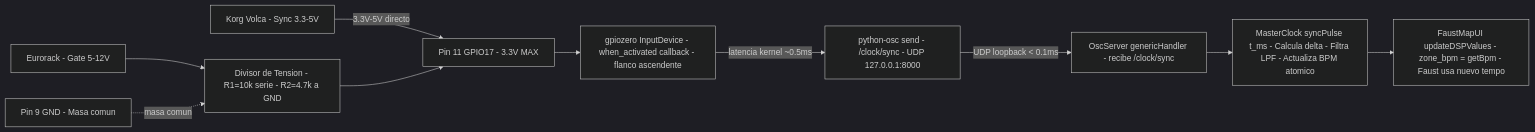
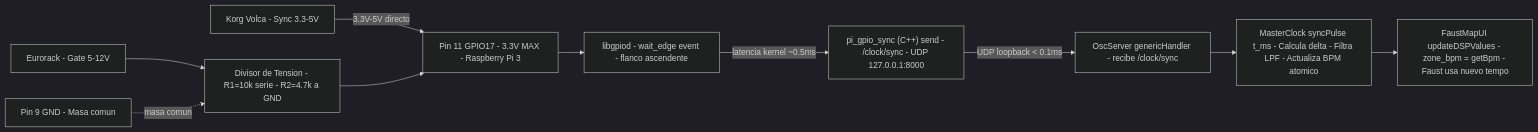
Before and after one commit to Zann181/sintetizador: the ninth of 12 diagrams in README.md, drawn with Mermaid (dark theme). The commit also changed other lines of this file and 21 other files, not shown here.

````diff
--- a/README.md
+++ b/README.md
@@ -1312,31 +1191,31 @@
 ```mermaid
 flowchart LR
     EURORACK["Eurorack - Gate 5-12V"]
     VOLCA["Korg Volca - Sync 3.3-5V"]
 
     VOLTAGE_DIV["Divisor de Tension - R1=10k serie - R2=4.7k a GND"]
 
-    GPIO17_PIN["Pin 11 GPIO17 - 3.3V MAX"]
+    GPIO17_PIN["Pin 11 GPIO17 - 3.3V MAX - Raspberry Pi 3"]
     GND_PIN["Pin 9 GND - Masa comun"]
 
-    GPIOZERO_CB["gpiozero InputDevice - when_activated callback - flanco ascendente"]
+    GPIOZERO_CB["libgpiod - wait_edge event - flanco ascendente"]
 
-    OSC_SEND["python-osc send - /clock/sync - UDP 127.0.0.1:8000"]
+    OSC_SEND["pi_gpio_sync (C++) send - /clock/sync - UDP 127.0.0.1:8000"]
 
     OSC_RECV["OscServer genericHandler - recibe /clock/sync"]
 
     MASTERCLOCK_SYNC["MasterClock syncPulse t_ms - Calcula delta - Filtra LPF - Actualiza BPM atomico"]
 
     FAUST_BPM["FaustMapUI updateDSPValues - zone_bpm = getBpm - Faust usa nuevo tempo"]
 
     EURORACK --> VOLTAGE_DIV
     VOLCA -->|"3.3V-5V directo"| GPIO17_PIN
     VOLTAGE_DIV --> GPIO17_PIN
     GND_PIN -.->|"masa comun"| VOLTAGE_DIV
 
     GPIO17_PIN --> GPIOZERO_CB
     GPIOZERO_CB -->|"latencia kernel ~0.5ms"| OSC_SEND
     OSC_SEND -->|"UDP loopback < 0.1ms"| OSC_RECV
     OSC_RECV --> MASTERCLOCK_SYNC
     MASTERCLOCK_SYNC --> FAUST_BPM
 ```
````
